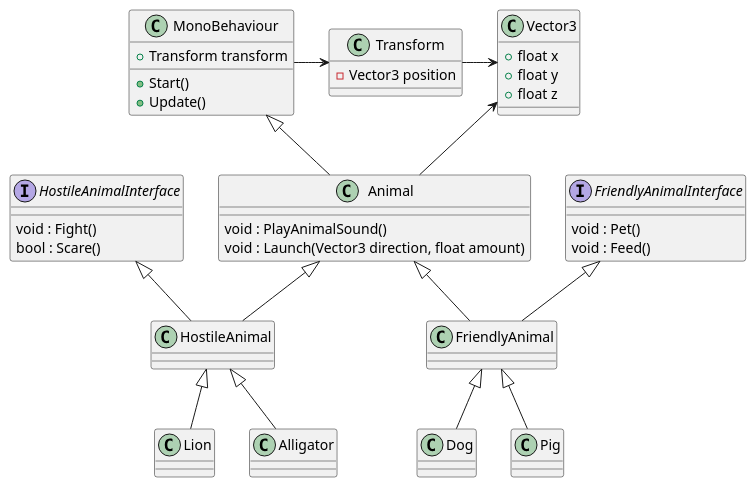
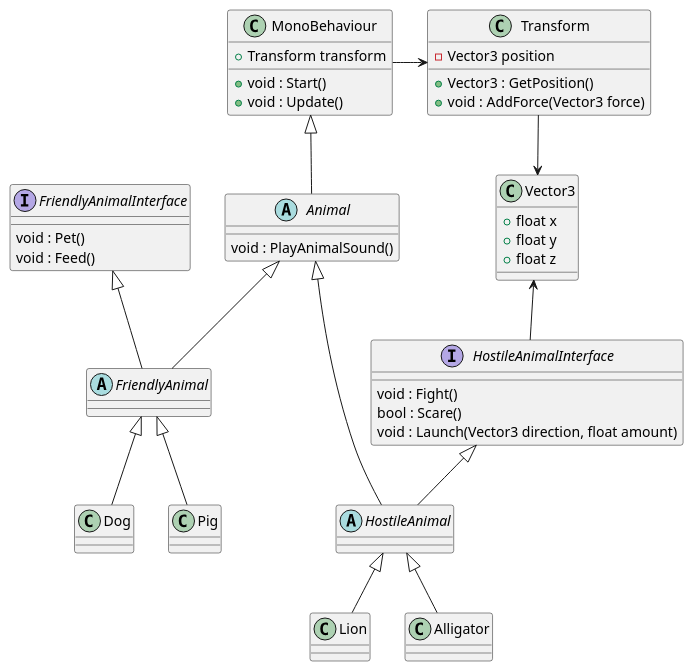
One commit to mjesper90/CSharp changed the diagram in 9_Assignment/Design.puml. Above: the diagram before and after it, drawn with PlantUML. The commit also changed 4 other files, not shown here.

```diff
--- a/9_Assignment/Design.puml
+++ b/9_Assignment/Design.puml
@@ -1,76 +1,78 @@
 @startuml
 
 class MonoBehaviour {
     + Transform transform
-    + Start()
-    + Update()
+    + void : Start()
+    + void : Update()
 }
 
 class Transform {
     - Vector3 position
+    + Vector3 : GetPosition()
+    + void : AddForce(Vector3 force)
 }
 
 class Vector3 {
     + float x
     + float y
     + float z
 }
 
-class Animal {
+abstract Animal {
     void : PlayAnimalSound() 
-    void : Launch(Vector3 direction, float amount)
+    
 }
 
 class Dog {
    
 }
 
 class Pig {
    
 }
 
-class FriendlyAnimal {
+abstract FriendlyAnimal {
 
 }
 
-class HostileAnimal {
+abstract HostileAnimal {
 
 }
 
 class Lion {
 
 }
 
 Class Alligator {
 
 }
 
-
 interface FriendlyAnimalInterface {
     void : Pet()
     void : Feed()
 }
 
 interface HostileAnimalInterface {
     void : Fight()
     bool : Scare()
+    void : Launch(Vector3 direction, float amount)
 }
 
 
 
 FriendlyAnimal -up-|> Animal
 FriendlyAnimal -up-|> FriendlyAnimalInterface
 Dog -up-|> FriendlyAnimal
 Pig -up-|> FriendlyAnimal
 
 HostileAnimal -up-|> Animal
 HostileAnimal -up-|> HostileAnimalInterface
 Lion -up-|> HostileAnimal
 Alligator -up-|> HostileAnimal
 
 Animal -up-|> MonoBehaviour
 MonoBehaviour -right-> Transform
-Transform -right-> Vector3
-Animal -up-> Vector3
+Transform --> Vector3
+HostileAnimalInterface -up-> Vector3
 
 @enduml
```
